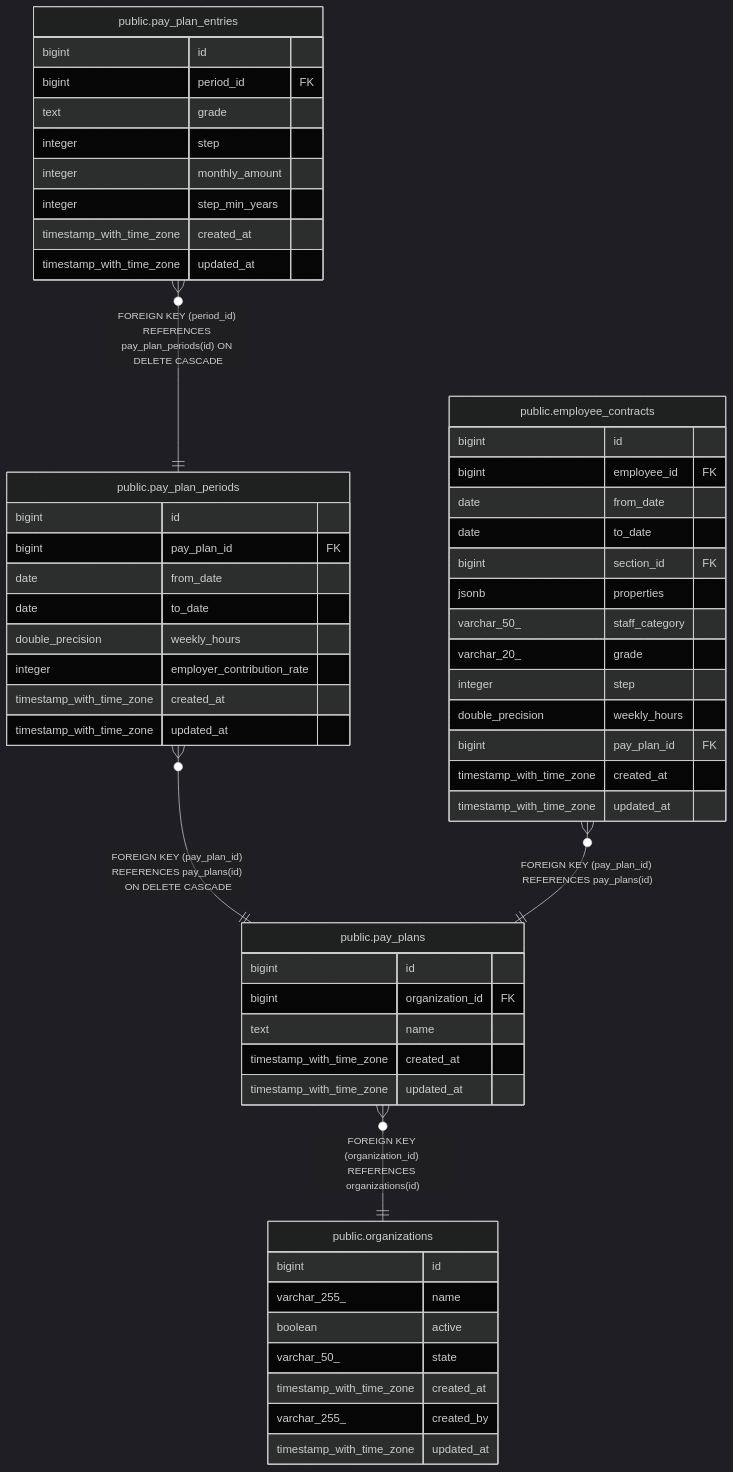
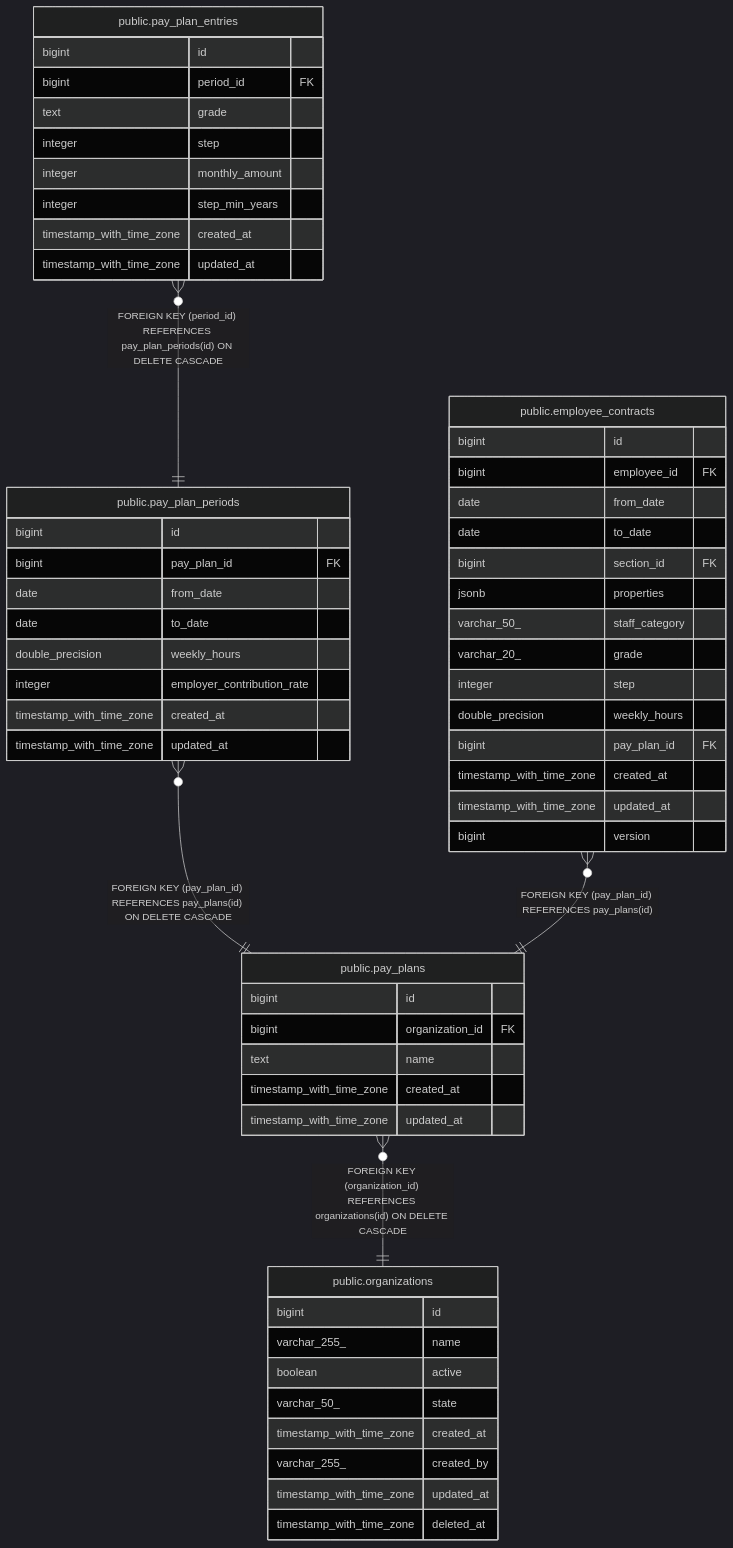
The diagram in docs/schema/public.pay_plan_periods.md (eenemeene/kitamanager-go), drawn with Mermaid (dark theme) before and after one commit. The commit also changed other lines of this file and 29 other files, not shown here.

First line of the commit message:
docs(schema): regenerate; the diagram was five tables stale

````diff
--- a/docs/schema/public.pay_plan_periods.md
+++ b/docs/schema/public.pay_plan_periods.md
@@ -39,60 +39,62 @@
 ```mermaid
 erDiagram
 
 "public.pay_plan_entries" }o--|| "public.pay_plan_periods" : "FOREIGN KEY (period_id) REFERENCES pay_plan_periods(id) ON DELETE CASCADE"
 "public.pay_plan_periods" }o--|| "public.pay_plans" : "FOREIGN KEY (pay_plan_id) REFERENCES pay_plans(id) ON DELETE CASCADE"
 "public.employee_contracts" }o--|| "public.pay_plans" : "FOREIGN KEY (pay_plan_id) REFERENCES pay_plans(id)"
-"public.pay_plans" }o--|| "public.organizations" : "FOREIGN KEY (organization_id) REFERENCES organizations(id)"
+"public.pay_plans" }o--|| "public.organizations" : "FOREIGN KEY (organization_id) REFERENCES organizations(id) ON DELETE CASCADE"
 
 "public.pay_plan_periods" {
   bigint id
   bigint pay_plan_id FK
   date from_date
   date to_date
   double_precision weekly_hours
   integer employer_contribution_rate
   timestamp_with_time_zone created_at
   timestamp_with_time_zone updated_at
 }
 "public.pay_plan_entries" {
   bigint id
   bigint period_id FK
   text grade
   integer step
   integer monthly_amount
   integer step_min_years
   timestamp_with_time_zone created_at
   timestamp_with_time_zone updated_at
 }
 "public.pay_plans" {
   bigint id
   bigint organization_id FK
   text name
   timestamp_with_time_zone created_at
   timestamp_with_time_zone updated_at
 }
 "public.employee_contracts" {
   bigint id
   bigint employee_id FK
   date from_date
   date to_date
   bigint section_id FK
   jsonb properties
   varchar_50_ staff_category
   varchar_20_ grade
   integer step
   double_precision weekly_hours
   bigint pay_plan_id FK
   timestamp_with_time_zone created_at
   timestamp_with_time_zone updated_at
+  bigint version
 }
 "public.organizations" {
   bigint id
   varchar_255_ name
   boolean active
   varchar_50_ state
   timestamp_with_time_zone created_at
   varchar_255_ created_by
   timestamp_with_time_zone updated_at
+  timestamp_with_time_zone deleted_at
 }
 ```
````
